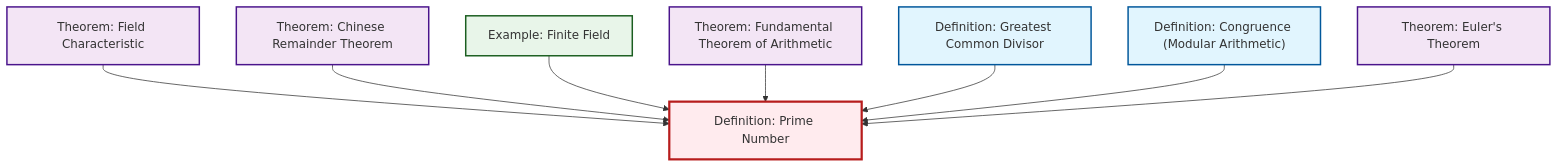
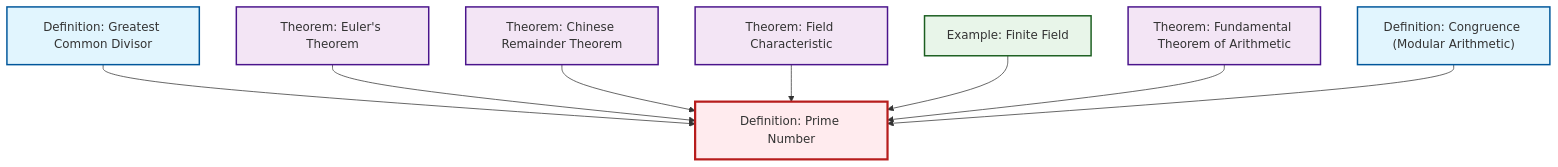
Before and after one commit to RK0429/ModernMath: the diagram in content/ja/number-theory/def-prime.qmd, drawn with Mermaid. The commit also changed other lines of this file and 491 other files, not shown here.

````diff
--- a/content/ja/number-theory/def-prime.qmd
+++ b/content/ja/number-theory/def-prime.qmd
@@ -54,32 +54,32 @@
 ```{mermaid}
 %%| fig-cap: "Local dependency graph"
 graph TD
     classDef definition fill:#e1f5fe,stroke:#01579b,stroke-width:2px
     classDef theorem fill:#f3e5f5,stroke:#4a148c,stroke-width:2px
     classDef axiom fill:#fff3e0,stroke:#e65100,stroke-width:2px
     classDef example fill:#e8f5e9,stroke:#1b5e20,stroke-width:2px
     classDef current fill:#ffebee,stroke:#b71c1c,stroke-width:3px
+    thm-euler["Theorem: Euler's Theorem"]:::theorem
+    def-gcd["Definition: Greatest Common Divisor"]:::definition
+    ex-finite-field["Example: Finite Field"]:::example
+    thm-chinese-remainder["Theorem: Chinese Remainder Theorem"]:::theorem
+    thm-fundamental-arithmetic["Theorem: Fundamental Theorem of Arithmetic"]:::theorem
+    def-prime["Definition: Prime Number"]:::definition
     thm-field-characteristic["Theorem: Field Characteristic"]:::theorem
-    ex-finite-field["Example: Finite Field"]:::example
-    thm-fundamental-arithmetic["Theorem: Fundamental Theorem of Arithmetic"]:::theorem
-    thm-euler["Theorem: Euler's Theorem"]:::theorem
-    thm-chinese-remainder["Theorem: Chinese Remainder Theorem"]:::theorem
     def-congruence["Definition: Congruence (Modular Arithmetic)"]:::definition
-    def-gcd["Definition: Greatest Common Divisor"]:::definition
-    def-prime["Definition: Prime Number"]:::definition
+    def-gcd --> def-prime
+    thm-euler --> def-prime
+    thm-chinese-remainder --> def-prime
     thm-field-characteristic --> def-prime
-    thm-chinese-remainder --> def-prime
     ex-finite-field --> def-prime
     thm-fundamental-arithmetic --> def-prime
-    def-gcd --> def-prime
     def-congruence --> def-prime
-    thm-euler --> def-prime
     class def-prime current
+    click thm-euler "thm-euler.html" "Theorem: Euler's Theoremへ"
+    click def-gcd "def-gcd.html" "Definition: Greatest Common Divisorへ"
+    click ex-finite-field "ex-finite-field.html" "Example: Finite Fieldへ"
+    click thm-chinese-remainder "thm-chinese-remainder.html" "Theorem: Chinese Remainder Theoremへ"
+    click thm-fundamental-arithmetic "thm-fundamental-arithmetic.html" "Theorem: Fundamental Theorem of Arithmeticへ"
     click thm-field-characteristic "thm-field-characteristic.html" "Theorem: Field Characteristicへ"
-    click ex-finite-field "ex-finite-field.html" "Example: Finite Fieldへ"
-    click thm-fundamental-arithmetic "thm-fundamental-arithmetic.html" "Theorem: Fundamental Theorem of Arithmeticへ"
-    click thm-euler "thm-euler.html" "Theorem: Euler's Theoremへ"
-    click thm-chinese-remainder "thm-chinese-remainder.html" "Theorem: Chinese Remainder Theoremへ"
     click def-congruence "def-congruence.html" "Definition: Congruence (Modular Arithmetic)へ"
-    click def-gcd "def-gcd.html" "Definition: Greatest Common Divisorへ"
 ```
````
